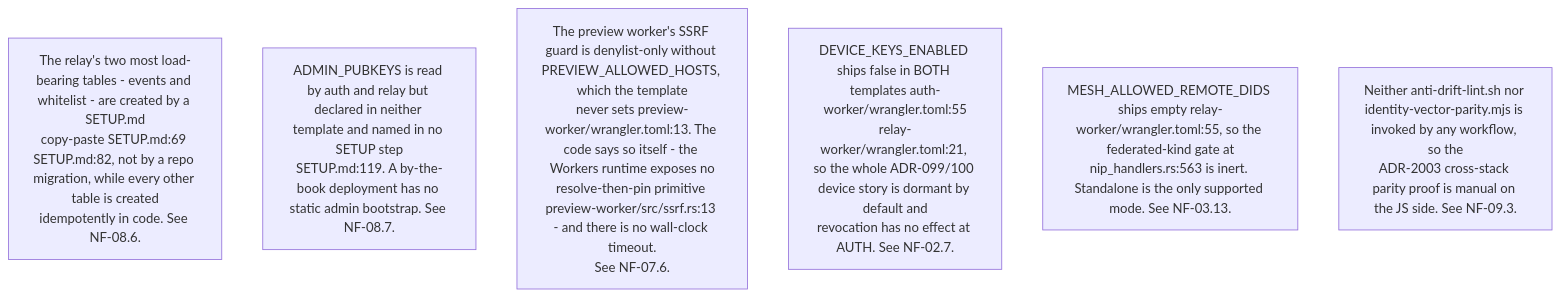
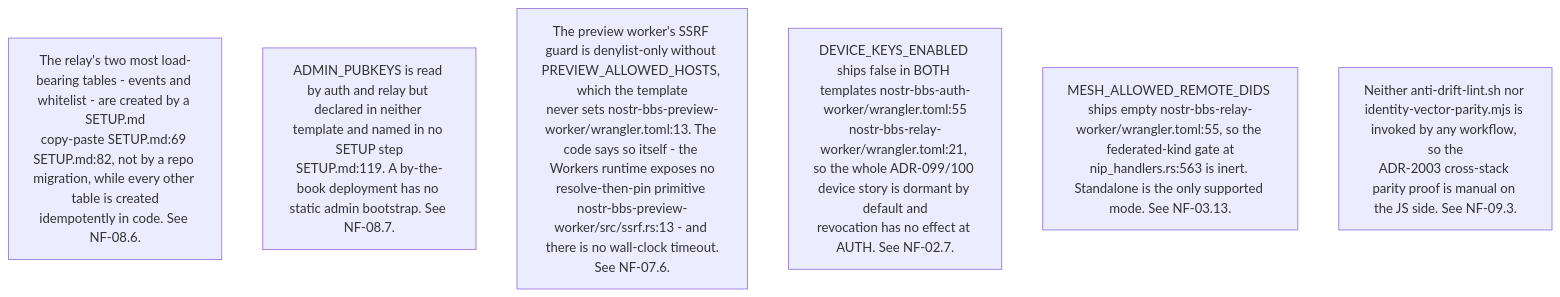
Before and after one commit to DreamLab-AI/VisionFlow: the seventh of 10 diagrams in docs/diagrams/nostr-rust-forum/10-invariants-and-anomaly-register.md, drawn with Mermaid. The commit also changed other lines of this file and 185 other files, not shown here.

Commit message:
docs(estate): reconcile diagrams and ADRs with source and define closeout sprint

````diff
--- a/docs/diagrams/nostr-rust-forum/10-invariants-and-anomaly-register.md
+++ b/docs/diagrams/nostr-rust-forum/10-invariants-and-anomaly-register.md
@@ -141,9 +143,9 @@
 ```mermaid
 flowchart TB
     S1["The relay's two most load-bearing tables - events and whitelist - are created by a SETUP.md<br/>copy-paste SETUP.md:69 SETUP.md:82, not by a repo migration, while every other table is created<br/>idempotently in code. See NF-08.6."]
     S2["ADMIN_PUBKEYS is read by auth and relay but declared in neither template and named in no SETUP step<br/>SETUP.md:119. A by-the-book deployment has no static admin bootstrap. See NF-08.7."]
-    S3["The preview worker's SSRF guard is denylist-only without PREVIEW_ALLOWED_HOSTS, which the template<br/>never sets preview-worker/wrangler.toml:13. The code says so itself - the Workers runtime exposes no<br/>resolve-then-pin primitive preview-worker/src/ssrf.rs:13 - and there is no wall-clock timeout.<br/>See NF-07.6."]
-    S4["DEVICE_KEYS_ENABLED ships false in BOTH templates auth-worker/wrangler.toml:55<br/>relay-worker/wrangler.toml:21, so the whole ADR-099/100 device story is dormant by default and<br/>revocation has no effect at AUTH. See NF-02.7."]
-    S5["MESH_ALLOWED_REMOTE_DIDS ships empty relay-worker/wrangler.toml:55, so the federated-kind gate at<br/>nip_handlers.rs:563 is inert. Standalone is the only supported mode. See NF-03.13."]
+    S3["The preview worker's SSRF guard is denylist-only without PREVIEW_ALLOWED_HOSTS, which the template<br/>never sets nostr-bbs-preview-worker/wrangler.toml:13. The code says so itself - the Workers runtime exposes no<br/>resolve-then-pin primitive nostr-bbs-preview-worker/src/ssrf.rs:13 - and there is no wall-clock timeout.<br/>See NF-07.6."]
+    S4["DEVICE_KEYS_ENABLED ships false in BOTH templates nostr-bbs-auth-worker/wrangler.toml:55<br/>nostr-bbs-relay-worker/wrangler.toml:21, so the whole ADR-099/100 device story is dormant by default and<br/>revocation has no effect at AUTH. See NF-02.7."]
+    S5["MESH_ALLOWED_REMOTE_DIDS ships empty nostr-bbs-relay-worker/wrangler.toml:55, so the federated-kind gate at<br/>nip_handlers.rs:563 is inert. Standalone is the only supported mode. See NF-03.13."]
     S6["Neither anti-drift-lint.sh nor identity-vector-parity.mjs is invoked by any workflow, so the<br/>ADR-2003 cross-stack parity proof is manual on the JS side. See NF-09.3."]
 ```
````
